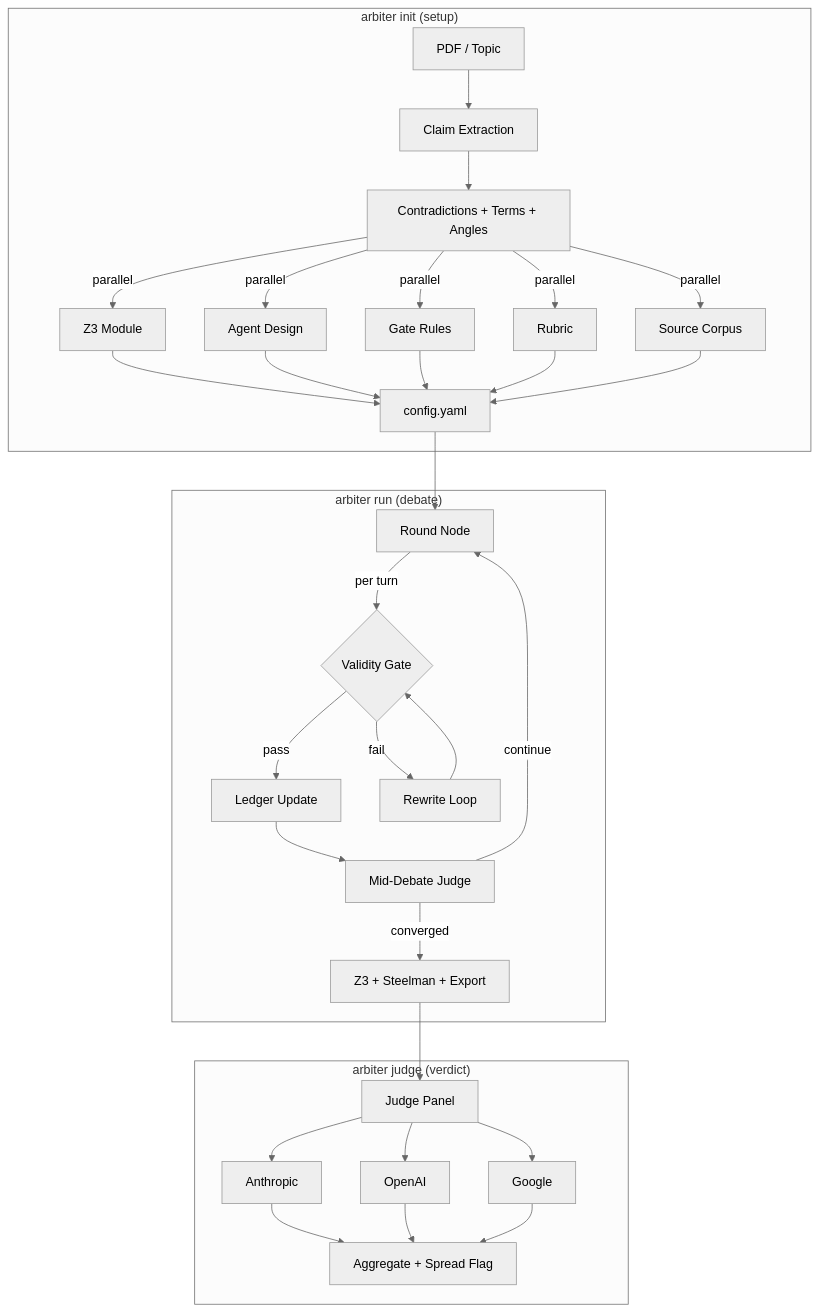
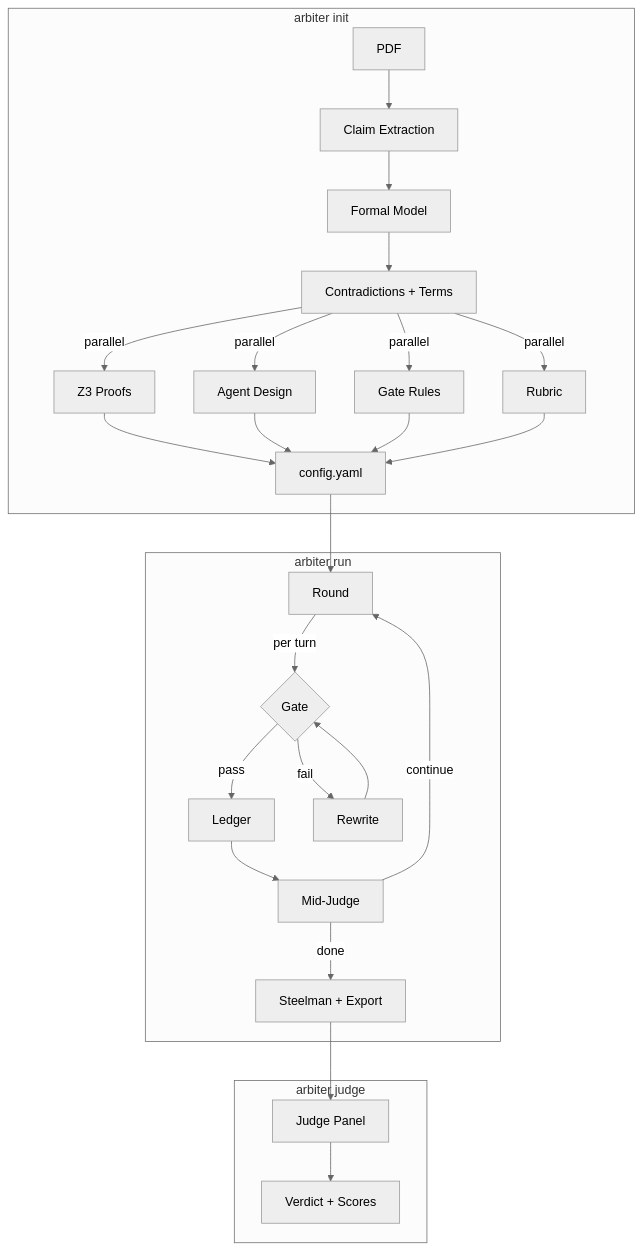
One commit to vishk23/arbiter changed the diagram in README.md. Above: the diagram before and after it, drawn with Mermaid (neutral theme). The commit also changed other lines of this file and 1 other file, not shown here.

Commit message:
Fix paper: resolve all citation references (run pdflatex twice)

````diff
--- a/README.md
+++ b/README.md
@@ -90,32 +138,29 @@
 ```mermaid
 graph TD
-    subgraph "arbiter init (setup)"
-        PDF[PDF / Topic] --> Claims[Claim Extraction]
-        Claims --> Analysis[Contradictions + Terms + Angles]
-        Analysis --> |parallel| Z3Gen[Z3 Module]
-        Analysis --> |parallel| AgentDesign[Agent Design]
-        Analysis --> |parallel| GateRules[Gate Rules]
+    subgraph "arbiter init"
+        PDF[PDF] --> Claims[Claim Extraction]
+        Claims --> FM[Formal Model]
+        FM --> Analysis[Contradictions + Terms]
+        Analysis --> |parallel| Z3[Z3 Proofs]
+        Analysis --> |parallel| Agents[Agent Design]
+        Analysis --> |parallel| Gate[Gate Rules]
         Analysis --> |parallel| Rubric[Rubric]
-        Analysis --> |parallel| Sources[Source Corpus]
-        Z3Gen & AgentDesign & GateRules & Rubric & Sources --> Config[config.yaml]
+        Z3 & Agents & Gate & Rubric --> Config[config.yaml]
     end
 
-    subgraph "arbiter run (debate)"
-        Config --> Round[Round Node]
-        Round --> |per turn| Gate{Validity Gate}
-        Gate --> |pass| Ledger[Ledger Update]
-        Gate --> |fail| Rewrite[Rewrite Loop]
-        Rewrite --> Gate
-        Ledger --> Judge[Mid-Debate Judge]
-        Judge --> |continue| Round
-        Judge --> |converged| Finalize[Z3 + Steelman + Export]
+    subgraph "arbiter run"
+        Config --> Round[Round]
+        Round --> |per turn| GateCheck{Gate}
+        GateCheck --> |pass| Ledger[Ledger]
+        GateCheck --> |fail| Rewrite[Rewrite]
+        Rewrite --> GateCheck
+        Ledger --> MidJudge[Mid-Judge]
+        MidJudge --> |continue| Round
+        MidJudge --> |done| Final[Steelman + Export]
     end
 
-    subgraph "arbiter judge (verdict)"
-        Finalize --> Panel[Judge Panel]
-        Panel --> Opus[Anthropic]
-        Panel --> GPT[OpenAI]
-        Panel --> Gemini[Google]
-        Opus & GPT & Gemini --> Verdict[Aggregate + Spread Flag]
+    subgraph "arbiter judge"
+        Final --> Panel[Judge Panel]
+        Panel --> V[Verdict + Scores]
     end
 ```
````
